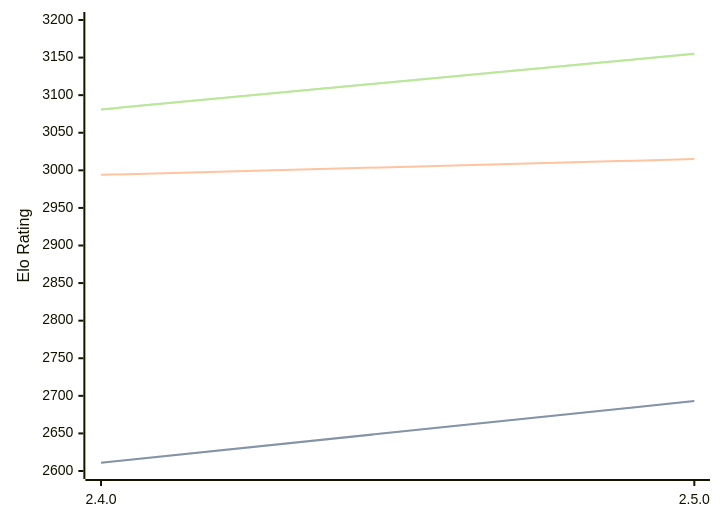
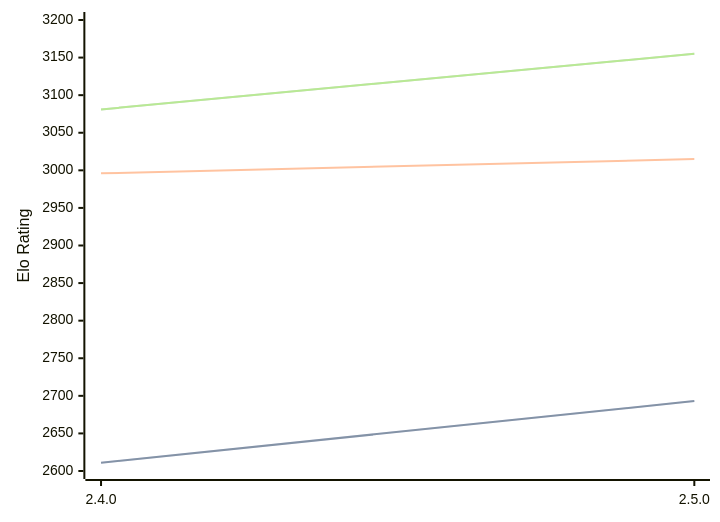
Before and after one commit to computer-chess-index/cci: the first of 3 diagrams in engines/Sturddle2.md, drawn with Mermaid. The commit also changed other lines of this file, not shown here.

````diff
--- a/engines/Sturddle2.md
+++ b/engines/Sturddle2.md
@@ -37,11 +37,11 @@
 ```mermaid
 %%{init: {"theme":"base","themeVariables":{"seriesColors:['#a3a3a3','#222221','#faa371']}}}%%
 xychart-beta
   x-axis ["2.4.0", "2.5.0"]
   y-axis "Elo Rating" 2600 --> 3200
   line "STC (8.0+0.08s)" [2611, 2693]
   line "STC (8.0+0.08s)" [2611, 2693]
-  line "LTC (60.0+0.60s)" [2994, 3015]
+  line "LTC (60.0+0.60s)" [2996, 3015]
   line "VLTC (2m24s+1.12s)" [3081, 3155]
   line "VLTC (2m24s+1.12s)" [3081, 3155]
 ```
````
